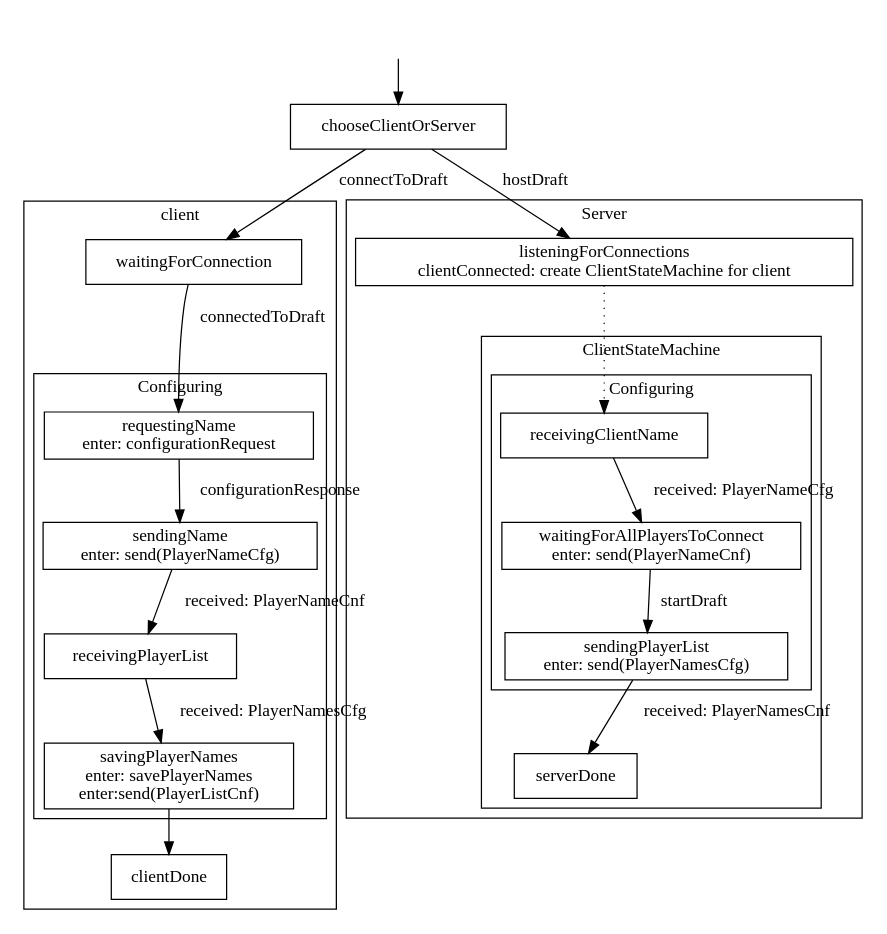
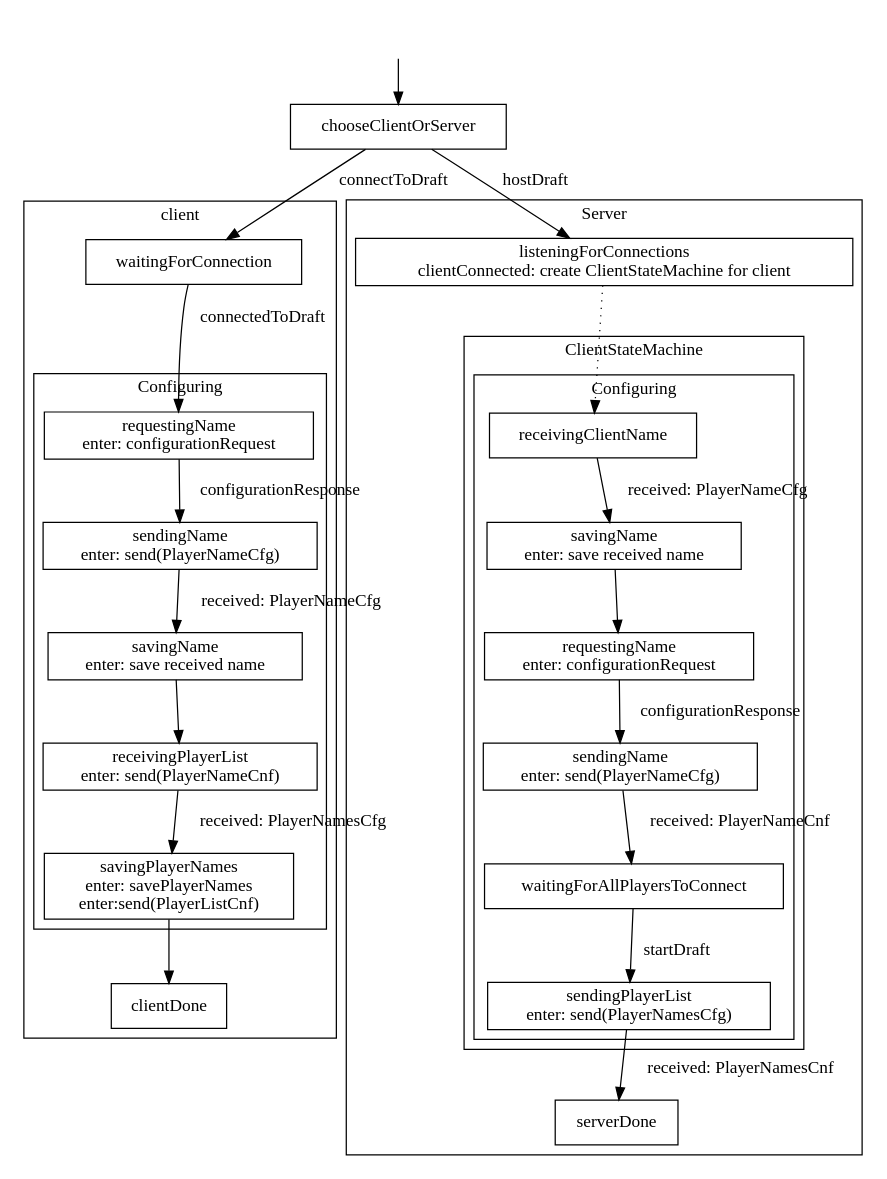
The diagram in state/graph.dot (elchtzeasar/draft), drawn with Graphviz before and after one commit.

Commit message:
Updated state graph.

```diff
--- a/state/graph.dot
+++ b/state/graph.dot
@@ -1,51 +1,59 @@
 digraph G {
   node [shape=box];
 
   subgraph cluster1 {
     label = "client";
 
     subgraph cluster11 {
       label = "Configuring";
 
-      requestingName [label = "requestingName\nenter: configurationRequest"];
-      sendingName [label = "sendingName\nenter: send(PlayerNameCfg)"]
+      requestingName_client [label = "requestingName\nenter: configurationRequest"];
+      sendingName_client [label = "sendingName\nenter: send(PlayerNameCfg)"]
+      savingName_client [label = "savingName\nenter: save received name"]
+      receivingPlayerList [label = "receivingPlayerList\nenter: send(PlayerNameCnf)"];
       savingPlayerNames [label = "savingPlayerNames\nenter: savePlayerNames\nenter:send(PlayerListCnf)"];
 
-      requestingName -> sendingName [label = "configurationResponse"];
-      sendingName -> receivingPlayerList [label = "received: PlayerNameCnf"];
+      requestingName_client -> sendingName_client [label = "configurationResponse"];
+      sendingName_client -> savingName_client [label = "received: PlayerNameCfg"];
+      savingName_client -> receivingPlayerList;
       receivingPlayerList -> savingPlayerNames [label = "received: PlayerNamesCfg"];
     }
 
-    waitingForConnection -> requestingName [label = "connectedToDraft"];
+    waitingForConnection -> requestingName_client [label = "connectedToDraft"];
     savingPlayerNames -> clientDone;
   }
 
   subgraph cluster2 {
     label = "Server";
 
     listeningForConnections [label = "listeningForConnections\nclientConnected: create ClientStateMachine for client"];
 
     subgraph cluster21 {
       label = "ClientStateMachine";
   
       subgraph cluster211 {
         label = "Configuring";
 
-	waitingForAllPlayersToConnect [label = "waitingForAllPlayersToConnect\nenter: send(PlayerNameCnf)"];
+        requestingName_server [label = "requestingName\nenter: configurationRequest"];
+	sendingName_server [label = "sendingName\nenter: send(PlayerNameCfg)"];	
+	savingName_server [label = "savingName\nenter: save received name"];
+	waitingForAllPlayersToConnect;
 	sendingPlayerList [label = "sendingPlayerList\nenter: send(PlayerNamesCfg)"];
 
-	receivingClientName -> waitingForAllPlayersToConnect [label = "received: PlayerNameCfg"];
+	receivingClientName -> savingName_server [label = "received: PlayerNameCfg"];
+	savingName_server -> requestingName_server;
+	requestingName_server -> sendingName_server [label = "configurationResponse"];
+	sendingName_server -> waitingForAllPlayersToConnect [label = "received: PlayerNameCnf"];
 	waitingForAllPlayersToConnect -> sendingPlayerList [label = "startDraft"];
       }
-
-      sendingPlayerList -> serverDone [label = "received: PlayerNamesCnf"];
     } 
 
     listeningForConnections -> receivingClientName [style=dotted];
+    sendingPlayerList -> serverDone [label = "received: PlayerNamesCnf"];
   }
 
   null [shape = plaintext label=""];
   null -> chooseClientOrServer;
   chooseClientOrServer -> waitingForConnection [label = "connectToDraft"];
   chooseClientOrServer -> listeningForConnections [label = "hostDraft"];
 }
```
